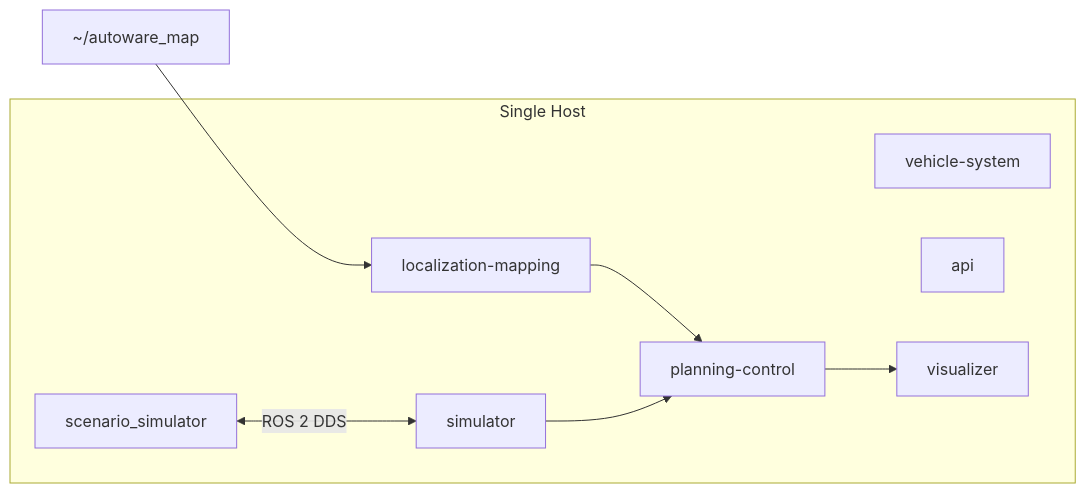
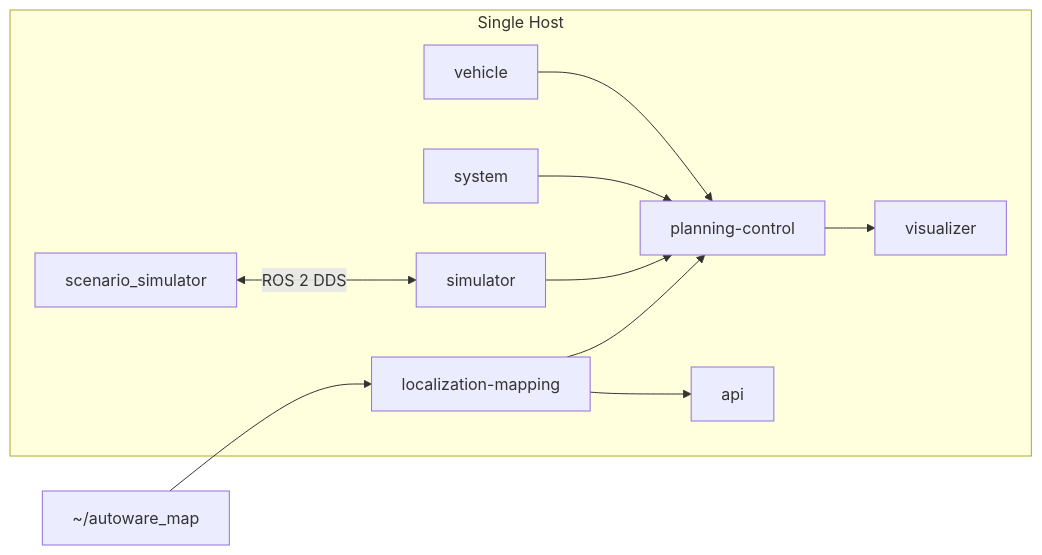
Before and after one commit to autowarefoundation/openadkit: the diagram in docs/deployment/scenario-simulation/index.md, drawn with Mermaid. The commit also changed other lines of this file and 8 other files, not shown here.

````diff
--- a/docs/deployment/scenario-simulation/index.md
+++ b/docs/deployment/scenario-simulation/index.md
@@ -119,18 +119,22 @@
 ```mermaid
 graph LR
     subgraph Host["Single Host"]
         M[localization-mapping]
         PC[planning-control]
-        VS[vehicle-system]
+        V[vehicle]
+        S[system]
         SIM[simulator]
         API[api]
         VIZ[visualizer]
         SS[scenario_simulator]
     end
 
     Map[~/autoware_map] --> M
+    M --> API
     M --> PC
     SS <-->|ROS 2 DDS| SIM
     SIM --> PC
+    S --> PC
+    V --> PC
     PC --> VIZ
 ```
````
